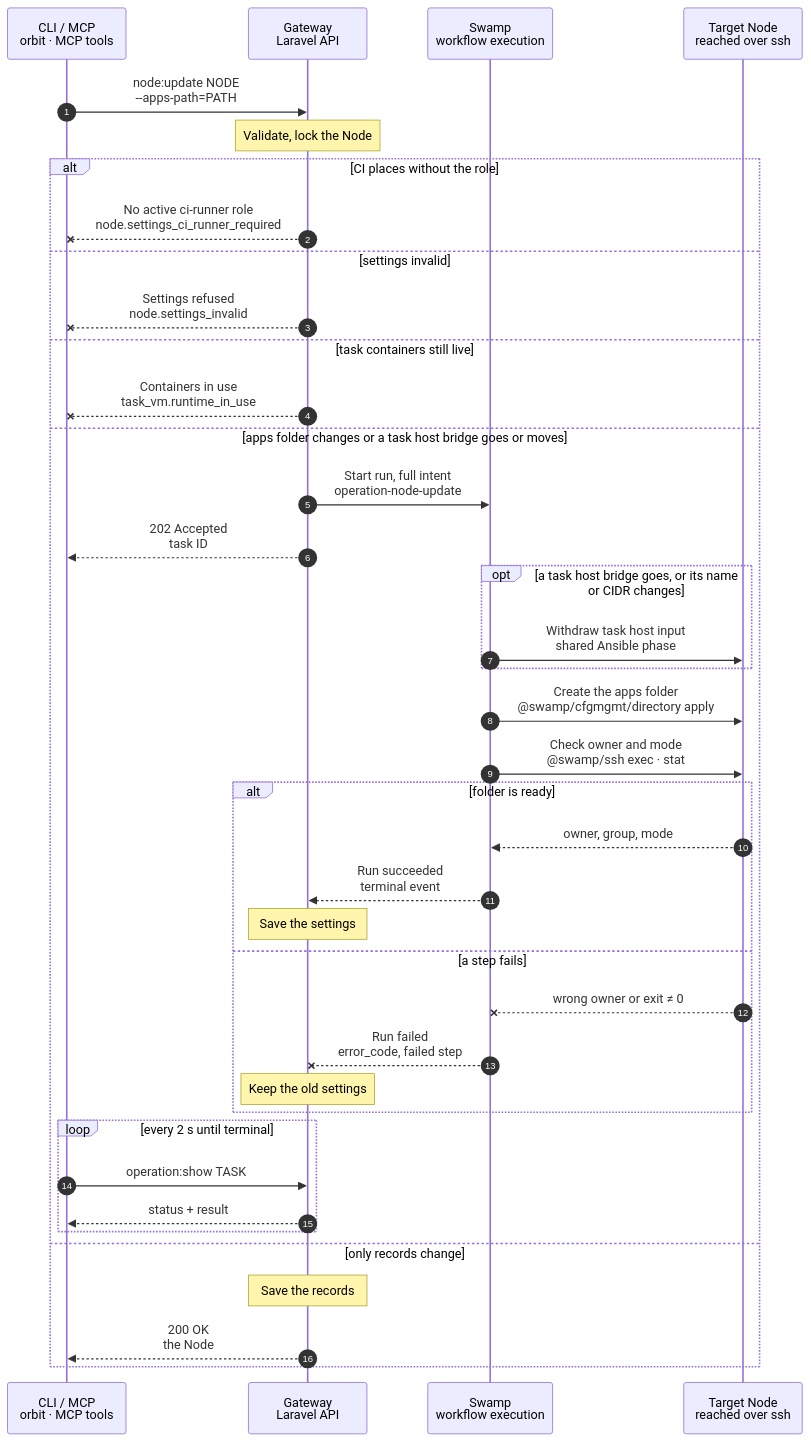
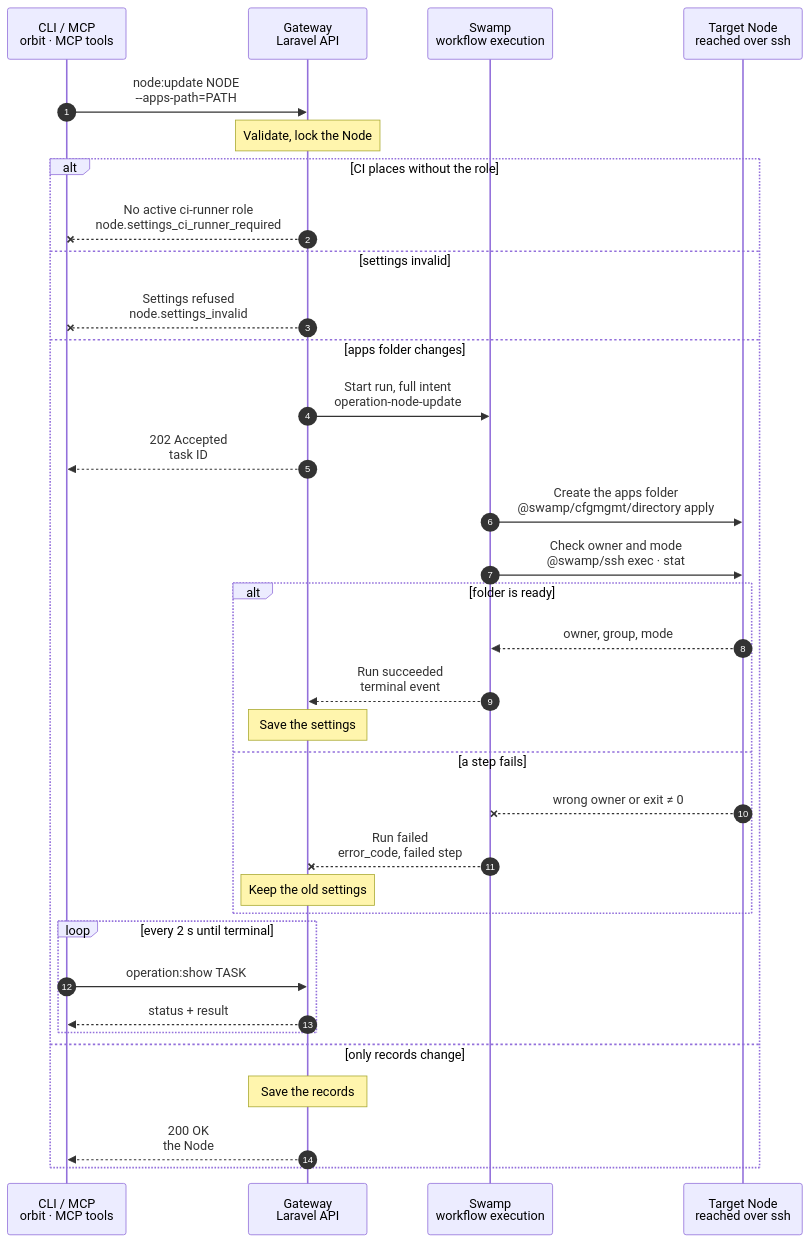
Before and after one commit to hardimpactdev/orbit: the diagram in docs/cli/node/update.mmd, drawn with Mermaid. The commit also changed 20 other files, not shown here.

Commit message:
Document the removal of the task VM settings, the Node setting task_vms and image_refresh_hold

```diff
--- a/docs/cli/node/update.mmd
+++ b/docs/cli/node/update.mmd
@@ -1,135 +1,116 @@
 sequenceDiagram
-  %% Target design: ADR 0244 task, task-host input withdrawal and apps.path are Node work, one node:update. docs/reference/node-settings.md.
+  %% Target design: ADR 0244 task, apps.path is Node work, one node:update. docs/reference/node-settings.md.
   %% status: draft
   %% command: node:update
   %% kind: node.update
   autonumber
   %% lane CLI icon=terminal pill=caller tone=gray
   %% lane GW icon=gateway pill=intent tone=blue
   %% lane SW icon=workflow pill=executes tone=green
   %% lane N icon=server pill=target tone=amber
   participant CLI as CLI / MCP<br/>orbit · MCP tools
   participant GW as Gateway<br/>Laravel API
   participant SW as Swamp<br/>workflow execution
   participant N as Target Node<br/>reached over ssh
   %% path: main
   CLI->>GW: node:update NODE<br/>--apps-path=PATH
   %%> Command:
   %%> - `orbit node:update NODE --apps-path=PATH`
-  %%> - syntax: `<node> [--name=NAME] [--platform=PLATFORM] [--lan-ip=IP] [--reboot-hold=BOOL] [--image-refresh-hold|--no-image-refresh-hold] [--apps-path=PATH] [--task-vms=JSON] [--ci-places=N] [--ci-proof-only|--no-ci-proof-only] [--no-ci] [--json]`
+  %%> - syntax: `<node> [--name=NAME] [--platform=PLATFORM] [--lan-ip=IP] [--reboot-hold=BOOL] [--apps-path=PATH] [--ci-places=N] [--ci-proof-only|--no-ci-proof-only] [--no-ci] [--json]`
   %%> Input:
   %%> - the Node, and at least one setting to change
-  %%> - an apps-folder change or withdrawal of existing task-host input rules needs Node work; other changes are records
-  %%> - an empty value unsets a setting: `--lan-ip=` clears the LAN address, `--apps-path=` unsets the folder, `--task-vms=null` removes the task VM host settings, `--no-ci` clears the CI places
+  %%> - an apps-folder change needs Node work; other changes are records
+  %%> - an empty value unsets a setting: `--lan-ip=` clears the LAN address, `--apps-path=` unsets the folder, `--no-ci` clears the CI places
   %%> Who can call it:
   %%> - the `orbit` CLI and the MCP tool send the same request
   %%> - the API-only boolean `nested_fleet` records the Node hosting switch; absence keeps its value, including a combined asynchronous apps update; the next `app-dev` converge of a build-list Node prepares nested-fleet hosting and builds the nested-fleet image while it is on (node-settings reference)
   Note over GW: Validate, lock the Node
   %%> Requirements:
   %%> - the calling Node has an access grant to the target Node
-  %%> - `task_vms.task_places` and `task_vms.ci_places` are separate VM counts from 0 to 64; one live VM holds one place until deletion is confirmed
-  %%> - the optional `task_vms.containers` member has its own `task_places`, counted apart from the VM places, and its own Incus project, bridge and CIDR; it has no CI places
   %%> - only a Node with an active `ci-runner` role takes CI places; `ci.places` from 0 to 64 is shared by runner jobs and proof copies, and `ci.proof_only` keeps them for proof copies; an omitted member keeps its value
-  %%> - lowering either count removes no claim; task work and operator proofs share FIFO task admission, while authenticated CI proofs and base refresh use CI places
   %%> - every value passes the checks that the Node settings reference lists; a failed check changes nothing
+  %%> - the removed members `task_vms` and `image_refresh_hold` are unknown fields: the Gateway refuses them like any other unknown field
   %%> - a LAN address is IPv4 and no other Node of the same network has it (`cluster.lan_ip_conflict`): every Node on the hub's private network, else the Node's Cluster, or every Node outside a Cluster
   %%> - no other lifecycle change runs for the target; the Gateway holds the Node's name lock, and the new name's lock for a rename
   %%> Decides:
   %%> - whether the apps folder changes and needs Node work, so a run starts
   alt CI places without the role
     %% path: ci-role-missing
     GW--xCLI: No active ci-runner role<br/>node.settings_ci_runner_required
     %%> When:
     %%> - the request sets CI places on a Node whose `ci-runner` role is absent or not active
     %%> Result:
     %%> - HTTP 422; nothing changes and no run starts
     %%> - clearing the CI places with `--no-ci` is allowed on any Node
   else settings invalid
     %% path: settings-refused
     GW--xCLI: Settings refused<br/>node.settings_invalid
     %%> When:
-    %%> - a field fails its check, or a bridge of the host overlaps the VPN subnet, another bridge of the host, or a bridge of another host
-    %%> - `containers` uses the host's VM project or bridge name
+    %%> - a field fails its check, or the body has an unknown member, such as the removed `task_vms` or `image_refresh_hold`
     %%> - a first CI setting has no `places`
     %%> Result:
     %%> - nothing changes and no run starts
-  else task containers still live
-    %% path: runtime-in-use
-    GW--xCLI: Containers in use<br/>task_vm.runtime_in_use
-    %%> When:
-    %%> - the request removes `containers`, or changes its `project`, `network` or `cidr`, while the host has a task container that is not destroyed
-    %%> Result:
-    %%> - nothing changes; change the container side after its containers are released
-  else apps folder changes or a task host bridge goes or moves
+  else apps folder changes
     %% path: node-work
     GW->>SW: Start run, full intent<br/>operation-node-update
     %%> Inputs:
     %%> - the new apps folder, and the managed user and group that must own it
     %%> - the target's address and SSH host keys; the SSH identity comes from the `swamp` role
     %%> Not stored yet:
-    %%> - the settings stay unchanged until the run succeeds; a new name, platform, LAN address, either hold or CI places in the same request are saved at once
+    %%> - the settings stay unchanged until the run succeeds; a new name, platform, LAN address, reboot hold or CI places in the same request are saved at once
     %%> Unsetting on a Node with an active `app-dev` role:
     %%> - prepares the default folder, `<managed-user-home>/apps`
     GW-->>CLI: 202 Accepted<br/>task ID
     %%> What you get:
     %%> - the task ID, at once
     %%> Next:
     %%> - the CLI follows the task with `operation:show`
-    opt a task host bridge goes, or its name or CIDR changes
-      %% path: withdraw-input
-      SW->>N: Withdraw task host input<br/>shared Ansible phase
-      %%> What it does:
-      %%> - removes only rules with the three catalog-owned input comments of each bridge that goes or moves, including duplicates and IPv6 rows
-      %%> - the VM bridge's are `orbit:task-vms-*`; the container bridge's, when `containers` goes or its `network` or `cidr` changes, are `orbit:task-containers-*`
-      %%> - reads the firewall again and asserts none remain; failure keeps the stored settings
-    end
     SW->>N: Create the apps folder<br/>@swamp/cfgmgmt/directory apply
     %%> What it does:
     %%> - only when an apps-folder change needs preparation: creates the folder and any missing folders above it
     %%> - gives it the managed user and group and mode `0755`
     %%> Not included:
     %%> - existing Instances don't move; new development Instances use the new folder
     SW->>N: Check owner and mode<br/>@swamp/ssh exec · stat
     %%> Why:
     %%> - it is the one end check: a real folder of the managed user and group, mode 0755
     alt folder is ready
       %% path: folder-ready
       N-->>SW: owner, group, mode
       SW-->>GW: Run succeeded<br/>terminal event
       %%> How the Gateway learns it:
       %%> - its shared run reader sees the terminal event; Swamp never calls the Gateway
       Note over GW: Save the settings
       %%> Result:
-      %%> - the apps folder is set, and any task VM host change in the same request is saved with it
+      %%> - the apps folder is set
       %%> - the task succeeds
     else a step fails
       %% path: run-failed
       N--xSW: wrong owner or exit ≠ 0
       %%> When:
       %%> - the folder can't be created, a file is in the way, or the check doesn't match
       SW--xGW: Run failed<br/>error_code, failed step
       Note over GW: Keep the old settings
       %%> Result:
       %%> - the settings stay unchanged and the task fails
       %%> On the Node:
       %%> - folders created before the failure stay; an empty folder is harmless and there is no rollback
       %%> Retry:
       %%> - run the same command again after fixing the cause; it is a new task
     end
     loop every 2 s until terminal
       CLI->>GW: operation:show TASK
       GW-->>CLI: status + result
     end
   else only records change
     %% path: records
     Note over GW: Save the records
     %%> What it does:
-    %%> - saves the name, platform, LAN address, reboot hold, image refresh hold, task VM host settings or CI places at once when no apps preparation or task-host input withdrawal is needed; no Node is contacted
-    %%> - `--image-refresh-hold` and `--no-image-refresh-hold` store the image refresh hold; every Node read shows it; nothing reads it since the task VM image refresh was removed
+    %%> - saves the name, platform, LAN address, reboot hold or CI places at once when no apps preparation is needed; no Node is contacted
     %%> - `--reboot-hold=true` or `false` saves a boolean column; every Node read shows it; the next fleet reboot admission freezes it
     %%> - a new LAN address takes effect where Orbit next renders it; a Node on the hub's private network moves to the hub's LAN endpoint at its next `node:converge`
     %%> Skipped:
     %%> - when every value equals the stored one, nothing is written and the result reports `Skipped — already set (node.unchanged)`
     %%> - the skip reason is part of the successful result in human and machine output, not an error
     GW-->>CLI: 200 OK<br/>the Node
   end
```
